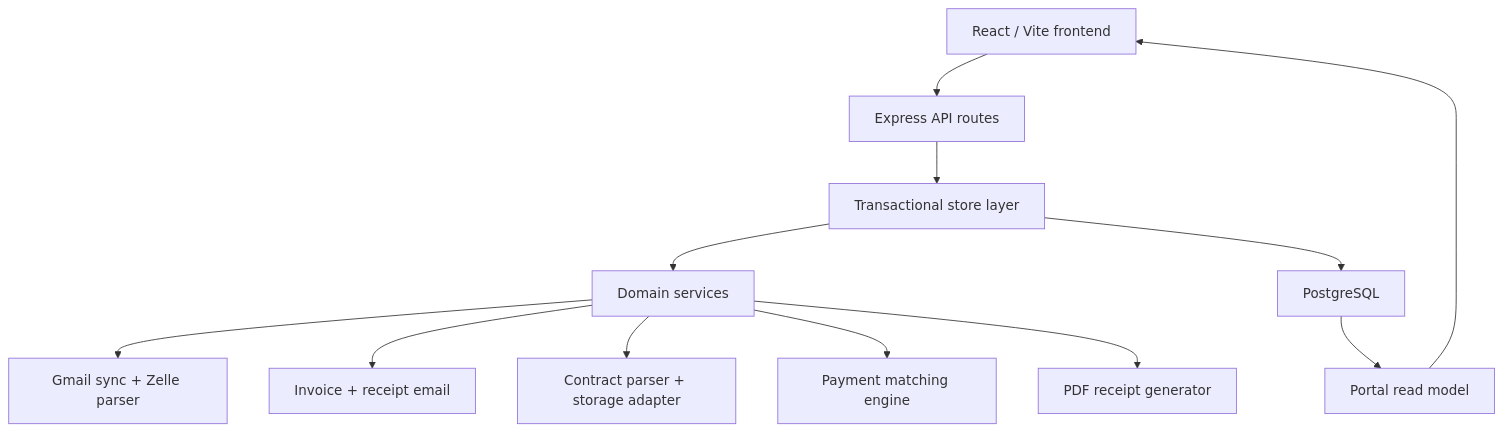
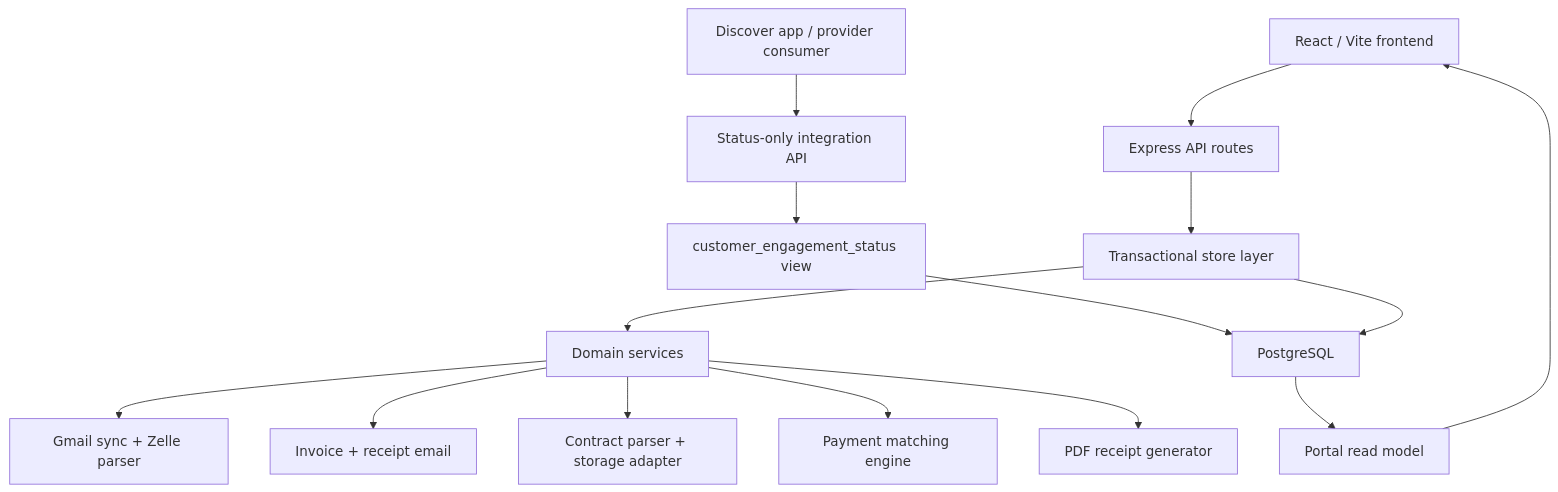
The first of 4 diagrams in docs/architecture.md (dlk710/setu-finance), drawn with Mermaid before and after one commit. The commit also changed other lines of this file and 15 other files, not shown here.

````diff
--- a/docs/architecture.md
+++ b/docs/architecture.md
@@ -11,14 +11,17 @@
 ```mermaid
 flowchart TD
     UI["React / Vite frontend"] --> API["Express API routes"]
+    Discover["Discover app / provider consumer"] --> IntegrationAPI["Status-only integration API"]
+    IntegrationAPI --> DBView["customer_engagement_status view"]
+    DBView --> DB
     API --> Store["Transactional store layer"]
     Store --> Domain["Domain services"]
     Store --> DB["PostgreSQL"]
     Domain --> Gmail["Gmail sync + Zelle parser"]
     Domain --> Email["Invoice + receipt email"]
     Domain --> Contracts["Contract parser + storage adapter"]
     Domain --> Matching["Payment matching engine"]
     Domain --> Receipts["PDF receipt generator"]
     DB --> ReadModel["Portal read model"]
     ReadModel --> UI
 ```
````
